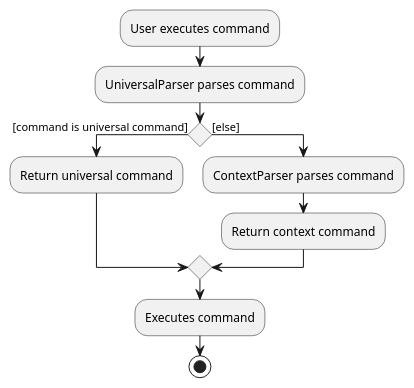
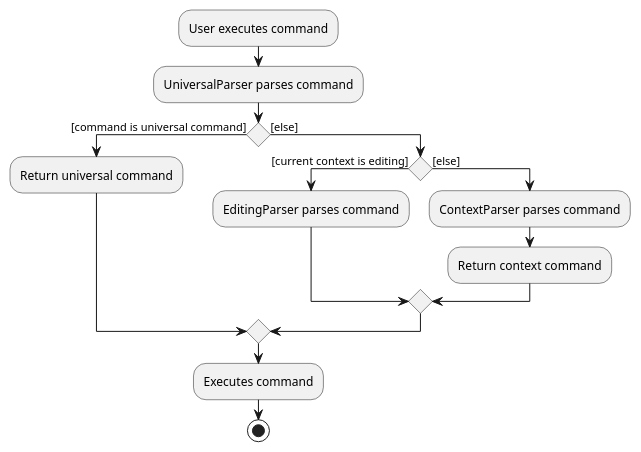
Before and after one commit to nus-cs2103-AY1920S1/addressbook-level3: the diagram in docs/diagrams/ParserActivityDiagram.puml, drawn with PlantUML. The commit also changed 6 other files, not shown here.

```diff
--- a/docs/diagrams/ParserActivityDiagram.puml
+++ b/docs/diagrams/ParserActivityDiagram.puml
@@ -1,14 +1,18 @@
 @startuml
 :User executes command;
 :UniversalParser parses command;
 
 if () then ([command is universal command])
     :Return universal command;
 else ([else])
-    :ContextParser parses command;
-    :Return context command;
+    if () then ([current context is editing])
+        :EditingParser parses command;
+    else ([else])
+        :ContextParser parses command;
+        :Return context command;
+    endif
 endif
 
 :Executes command;
 stop
 @enduml
```
